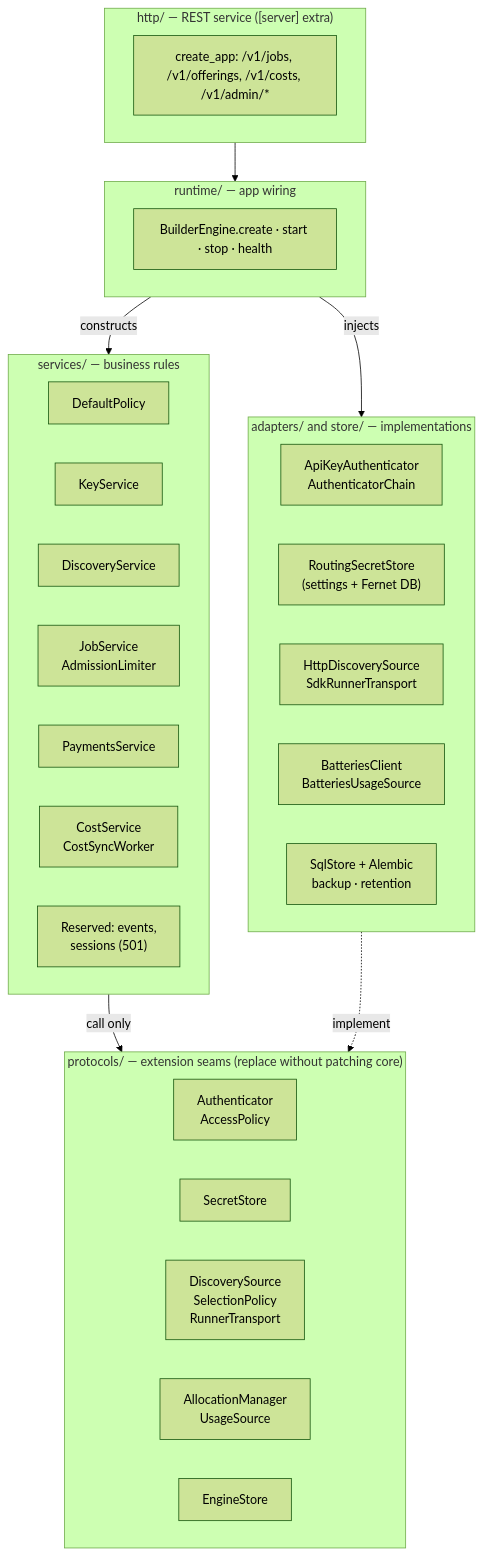
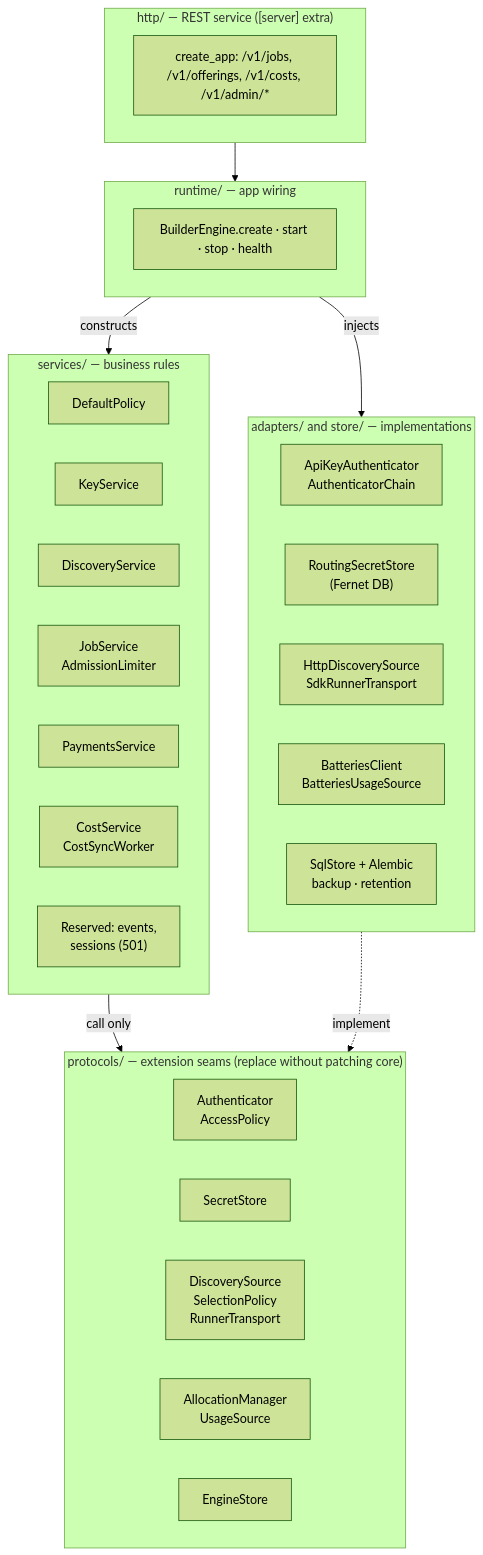
Before and after one commit to NE-Build-Track/livepeer-builder-core: the second of 12 diagrams in docs/design-docs/architecture-diagrams.md, drawn with Mermaid (forest theme). The commit also changed 9 other files, not shown here.

First line of the commit message:
refactor(secrets): the settings secret store goes with the shared key (#162)

````diff
--- a/docs/design-docs/architecture-diagrams.md
+++ b/docs/design-docs/architecture-diagrams.md
@@ -61,40 +61,40 @@
 ```mermaid
 flowchart TB
     subgraph UI["http/ — REST service ([server] extra)"]
         Routes["create_app: /v1/jobs, /v1/offerings, /v1/costs, /v1/admin/*"]
     end
     subgraph Wiring["runtime/ — app wiring"]
         BE["BuilderEngine.create · start · stop · health"]
     end
     subgraph Services["services/ — business rules"]
         direction LR
         Policy["DefaultPolicy"]
         Keys["KeyService"]
         Disc["DiscoveryService"]
         Jobs["JobService<br/>AdmissionLimiter"]
         Pay["PaymentsService"]
         Costs["CostService<br/>CostSyncWorker"]
         Res["Reserved: events,<br/>sessions (501)"]
     end
     subgraph Protocols["protocols/ — extension seams (replace without patching core)"]
         direction LR
         PAuth["Authenticator<br/>AccessPolicy"]
         PSec["SecretStore"]
         PNet["DiscoverySource<br/>SelectionPolicy<br/>RunnerTransport"]
         PPay["AllocationManager<br/>UsageSource"]
         PStore["EngineStore"]
     end
     subgraph Impl["adapters/ and store/ — implementations"]
         direction LR
         AAuth["ApiKeyAuthenticator<br/>AuthenticatorChain"]
-        ASec["RoutingSecretStore<br/>(settings + Fernet DB)"]
+        ASec["RoutingSecretStore<br/>(Fernet DB)"]
         ASdk["HttpDiscoverySource<br/>SdkRunnerTransport"]
         ABat["BatteriesClient<br/>BatteriesUsageSource"]
         SQL["SqlStore + Alembic<br/>backup · retention"]
     end
     UI --> Wiring
     Wiring -->|"constructs"| Services
     Wiring -->|"injects"| Impl
     Services -->|"call only"| Protocols
     Impl -.->|"implement"| Protocols
 ```
````
